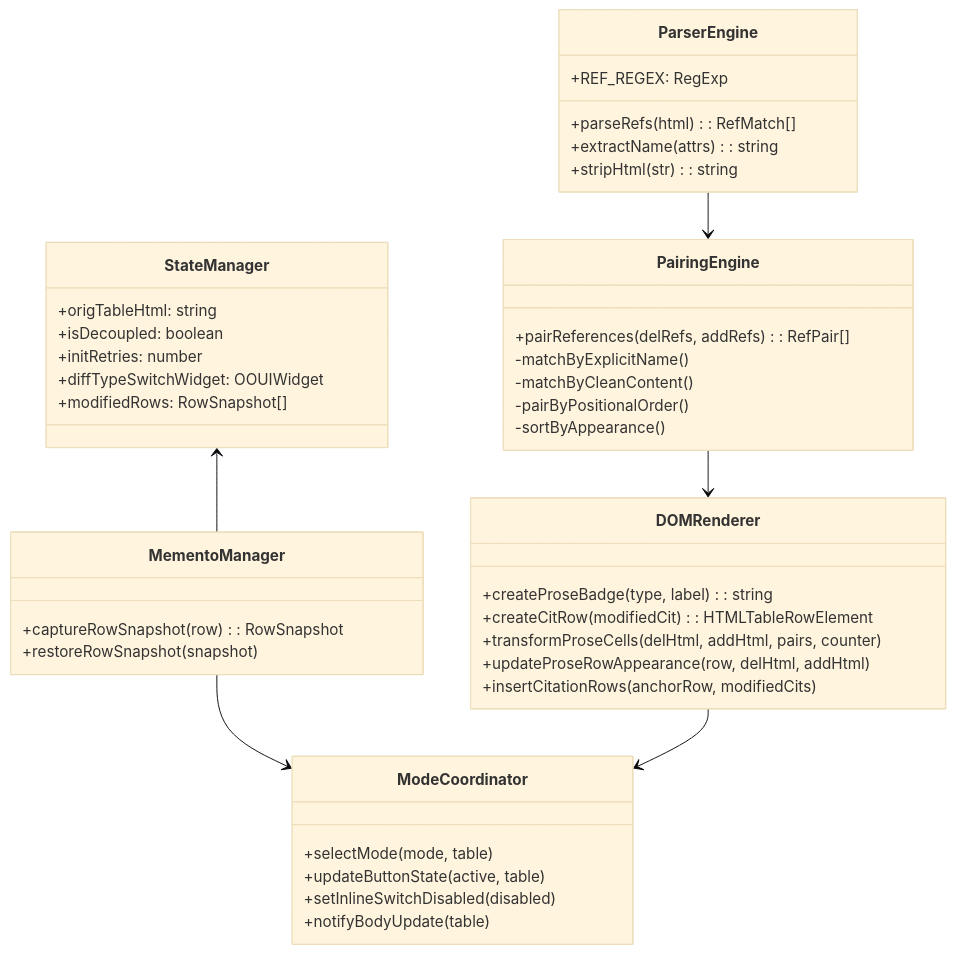
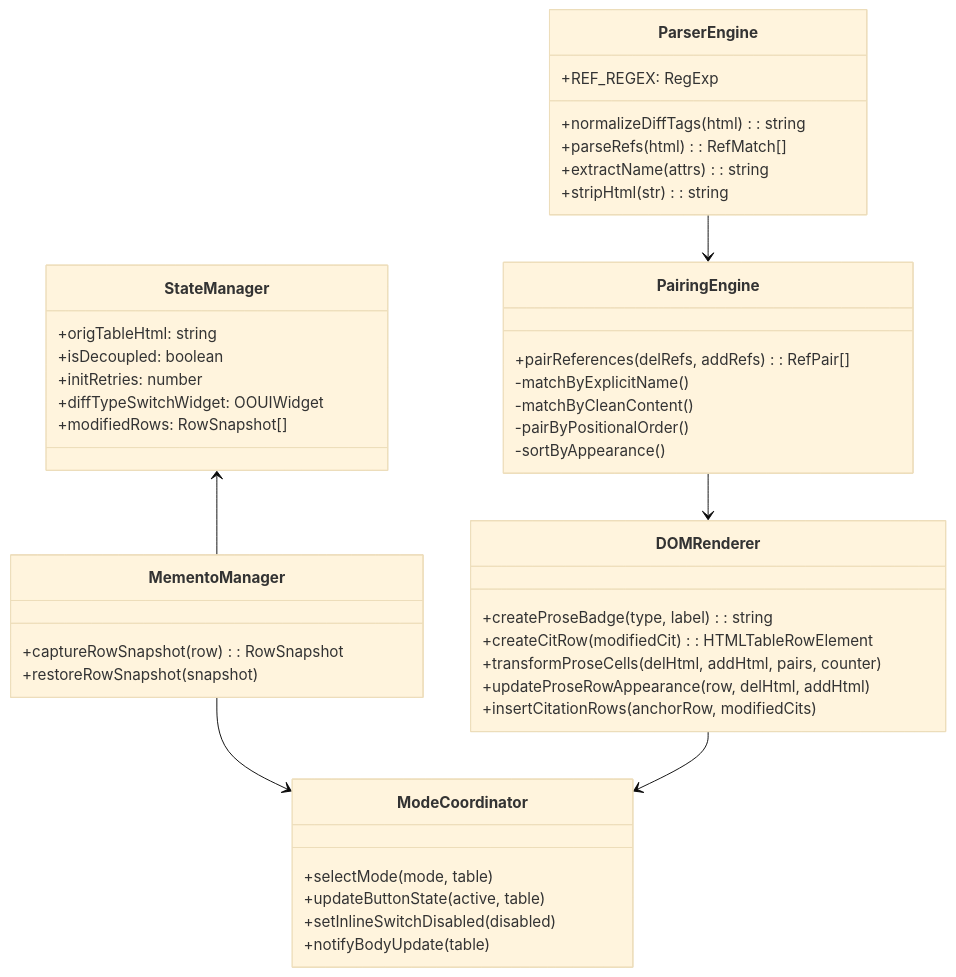
Before and after one commit to psytrap/refdiff: the second of 5 diagrams in ARCHITECTURE.md, drawn with Mermaid (base theme). The commit also changed other lines of this file and 8 other files, not shown here.

Commit message:
feat(parser): normalize wikidiff2 split tags and harden regex lookahead with high-density stress test

````diff
--- a/ARCHITECTURE.md
+++ b/ARCHITECTURE.md
@@ -54,51 +54,52 @@
 ```mermaid
 classDiagram
     class StateManager {
         +origTableHtml: string
         +isDecoupled: boolean
         +initRetries: number
         +diffTypeSwitchWidget: OOUIWidget
         +modifiedRows: RowSnapshot[]
     }
 
     class ParserEngine {
         +REF_REGEX: RegExp
+        +normalizeDiffTags(html): string
         +parseRefs(html): RefMatch[]
         +extractName(attrs): string
         +stripHtml(str): string
     }
 
     class PairingEngine {
         +pairReferences(delRefs, addRefs): RefPair[]
         -matchByExplicitName()
         -matchByCleanContent()
         -pairByPositionalOrder()
         -sortByAppearance()
     }
 
     class MementoManager {
         +captureRowSnapshot(row): RowSnapshot
         +restoreRowSnapshot(snapshot)
     }
 
     class DOMRenderer {
         +createProseBadge(type, label): string
         +createCitRow(modifiedCit): HTMLTableRowElement
         +transformProseCells(delHtml, addHtml, pairs, counter)
         +updateProseRowAppearance(row, delHtml, addHtml)
         +insertCitationRows(anchorRow, modifiedCits)
     }
 
     class ModeCoordinator {
         +selectMode(mode, table)
         +updateButtonState(active, table)
         +setInlineSwitchDisabled(disabled)
         +notifyBodyUpdate(table)
     }
 
     StateManager <-- MementoManager
     ParserEngine --> PairingEngine
     PairingEngine --> DOMRenderer
     MementoManager --> ModeCoordinator
     DOMRenderer --> ModeCoordinator
 ```
````
